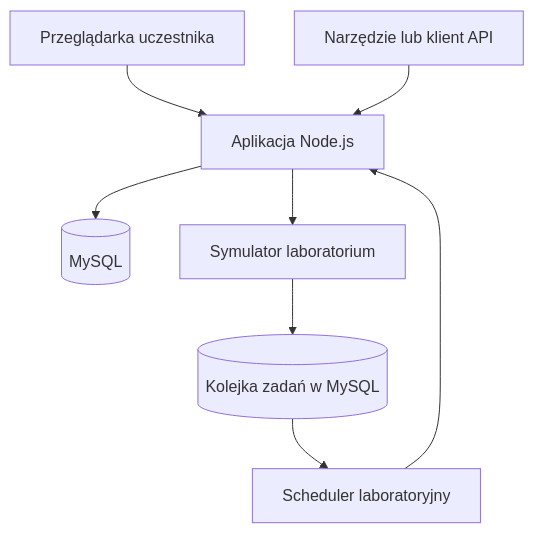
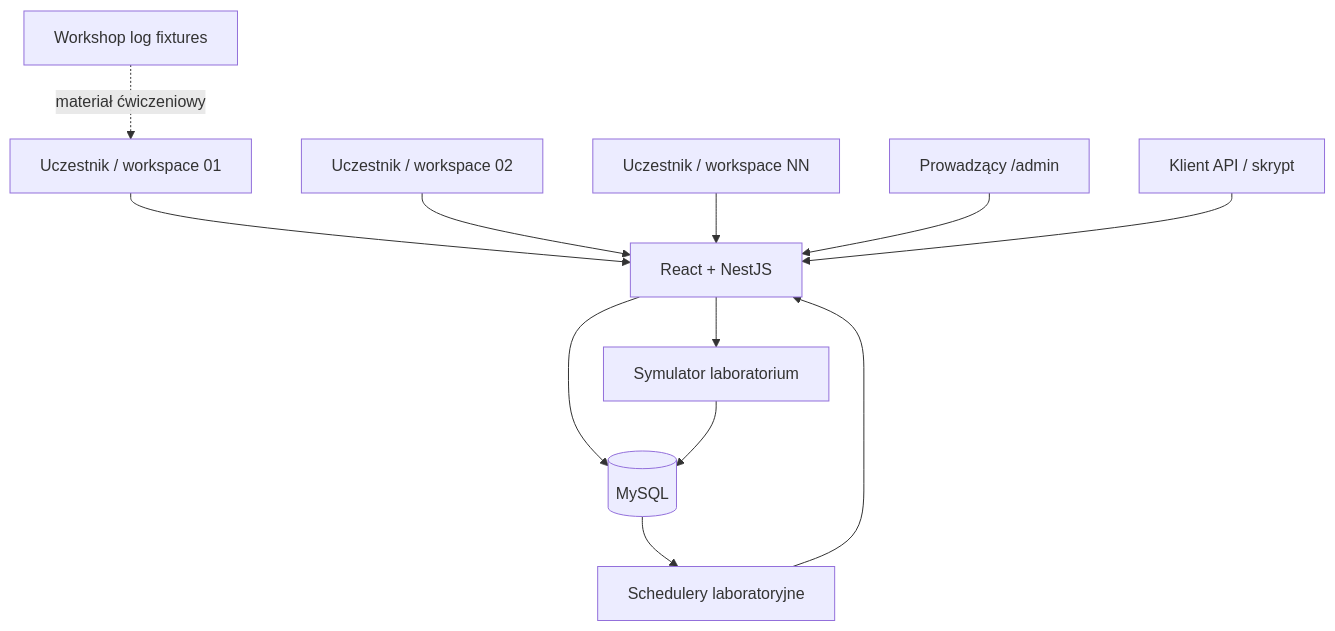
Before and after one commit to Radek959/klinika-debug: the diagram in docs/architektura-techniczna.md, drawn with Mermaid. The commit also changed other lines of this file, not shown here.

Commit message:
docs: simplify technical architecture for Workshop MVP

````diff
--- a/docs/architektura-techniczna.md
+++ b/docs/architektura-techniczna.md
@@ -57,10 +73,14 @@
 ```mermaid
 flowchart TD
-    B["Przeglądarka uczestnika"] --> A["Aplikacja Node.js"]
-    T["Narzędzie lub klient API"] --> A
-    A --> M[("MySQL")]
-    A --> S["Symulator laboratorium"]
-    S --> Q[("Kolejka zadań w MySQL")]
-    Q --> W["Scheduler laboratoryjny"]
-    W --> A
+    U1["Uczestnik / workspace 01"] --> W["React + NestJS"]
+    U2["Uczestnik / workspace 02"] --> W
+    UN["Uczestnik / workspace NN"] --> W
+    A["Prowadzący /admin"] --> W
+    C["Klient API / skrypt"] --> W
+    W --> DB[("MySQL")]
+    W --> LAB["Symulator laboratorium"]
+    LAB --> DB
+    DB --> S["Schedulery laboratoryjne"]
+    S --> W
+    F["Workshop log fixtures"] -. materiał ćwiczeniowy .-> U1
 ```
````
